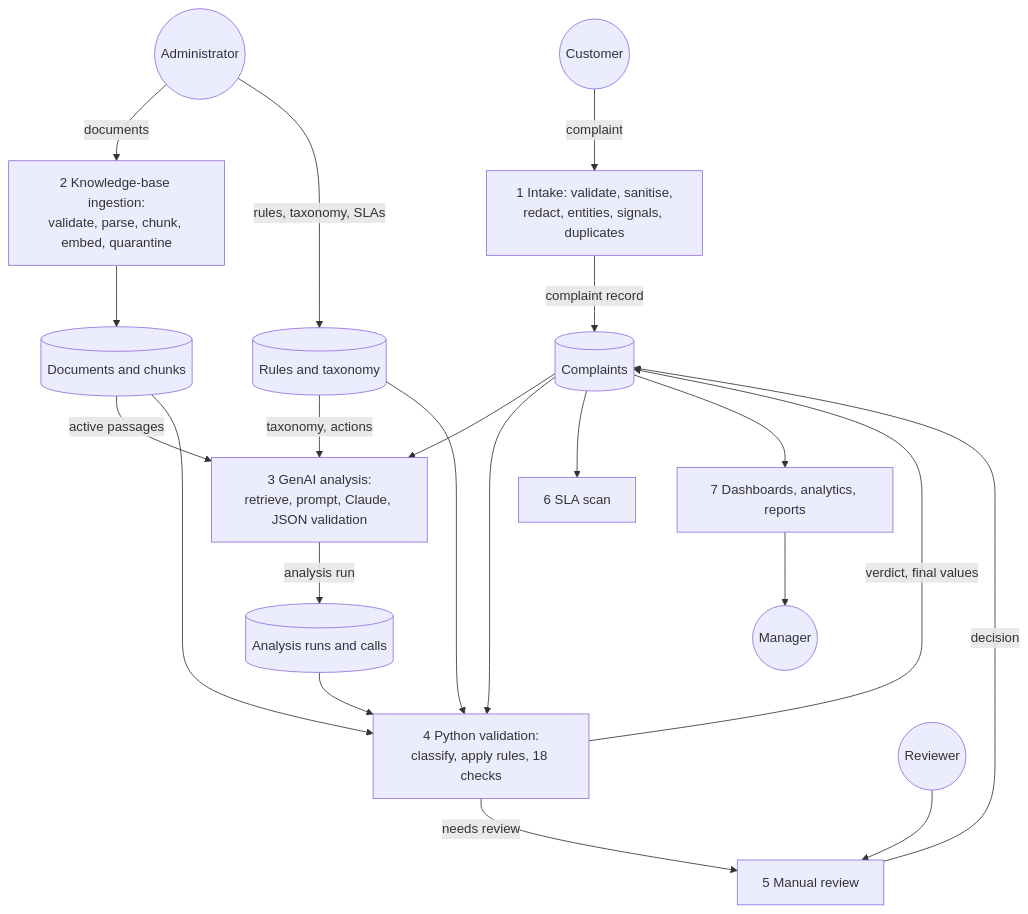
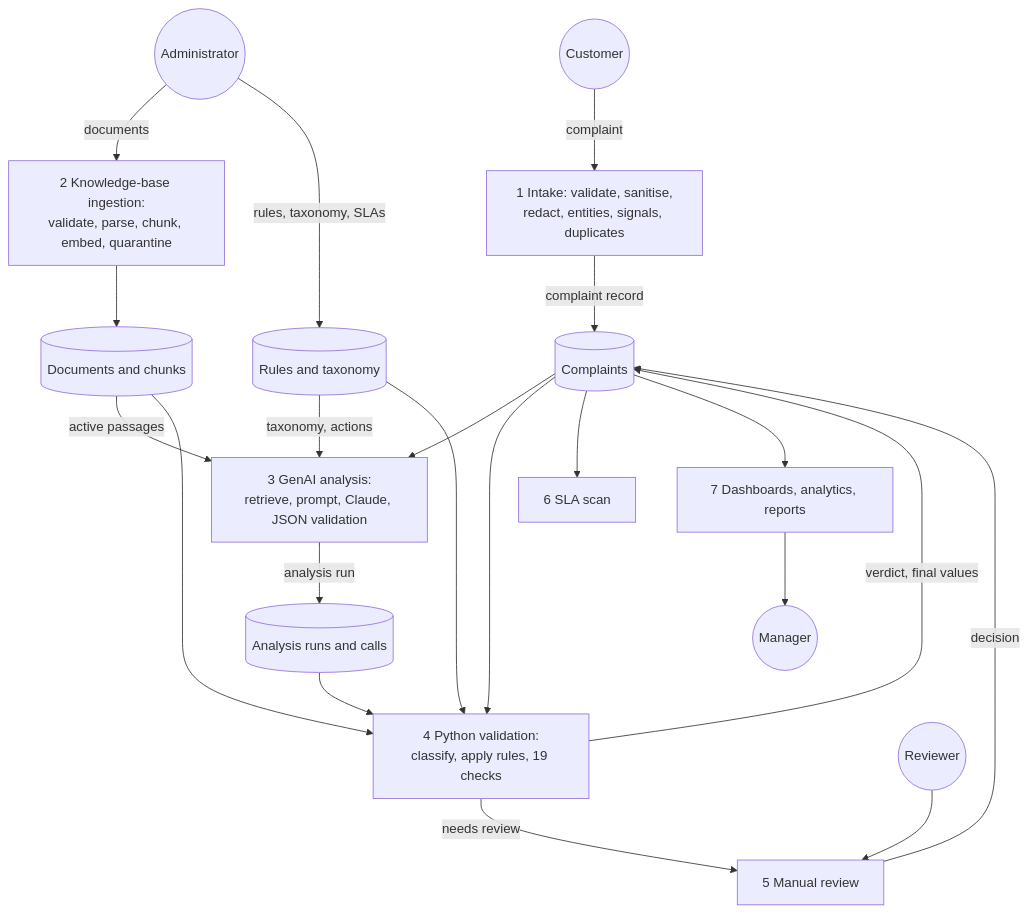
One commit to gulraeezgulshan/nova_support changed the third of 6 diagrams in documentation/project_report.md. Above: the diagram before and after it, drawn with Mermaid. The commit also changed other lines of this file and 18 other files, not shown here.

````diff
--- a/documentation/project_report.md
+++ b/documentation/project_report.md
@@ -212,23 +212,23 @@
 ```mermaid
 flowchart TB
   C((Customer)) -->|complaint| I[1 Intake: validate, sanitise,<br/>redact, entities, signals, duplicates]
   I -->|complaint record| D1[(Complaints)]
   A((Administrator)) -->|documents| K[2 Knowledge-base ingestion:<br/>validate, parse, chunk, embed, quarantine]
   K --> D2[(Documents and chunks)]
   A -->|rules, taxonomy, SLAs| D3[(Rules and taxonomy)]
   D1 --> G[3 GenAI analysis:<br/>retrieve, prompt, Claude, JSON validation]
   D2 -->|active passages| G
   D3 -->|taxonomy, actions| G
   G -->|analysis run| D4[(Analysis runs and calls)]
-  D4 --> V[4 Python validation:<br/>classify, apply rules, 18 checks]
+  D4 --> V[4 Python validation:<br/>classify, apply rules, 19 checks]
   D1 --> V
   D2 --> V
   D3 --> V
   V -->|verdict, final values| D1
   V -->|needs review| Q[5 Manual review]
   R((Reviewer)) --> Q
   Q -->|decision| D1
   D1 --> S[6 SLA scan]
   D1 --> AN[7 Dashboards, analytics, reports]
   AN --> M((Manager))
 ```
````
